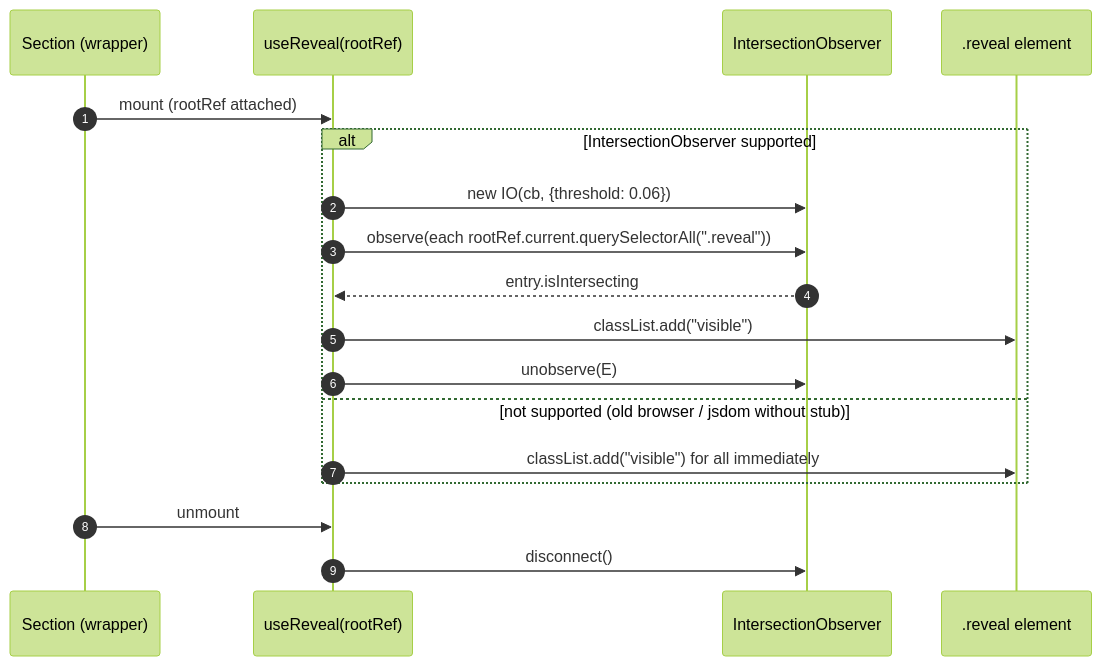
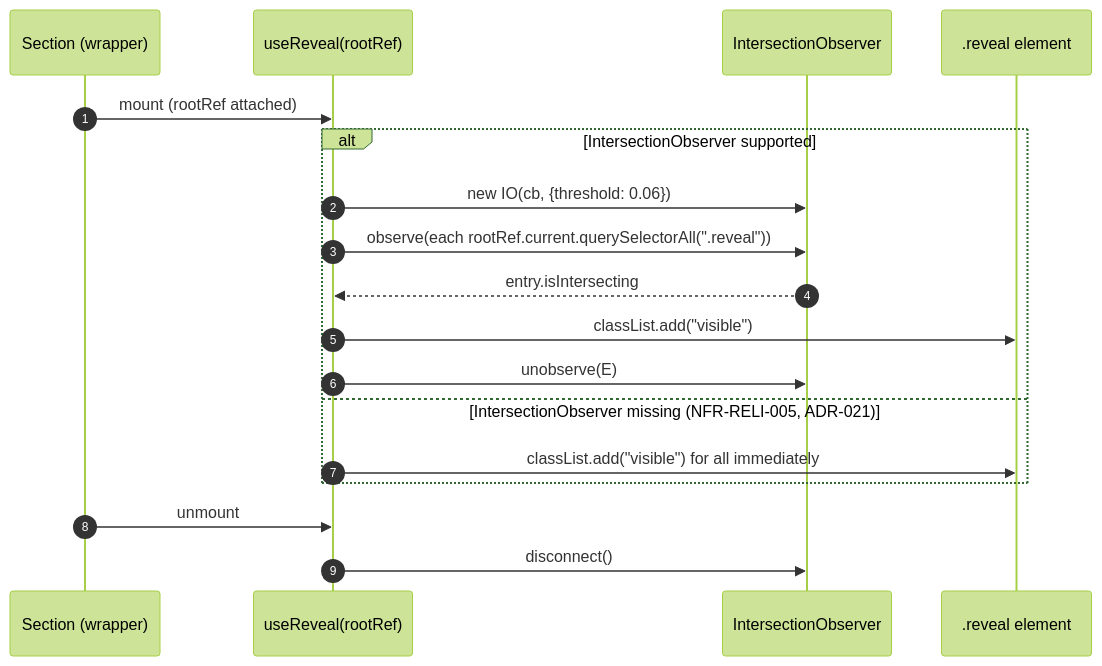
The sixth of 12 diagrams in docs/SADS.md (jeevanandhamsivasankar/jeevanandhamsivasankar.github.io), drawn with Mermaid (forest theme) before and after one commit. The commit also changed other lines of this file and 58 other files, not shown here.

````diff
--- a/docs/SADS.md
+++ b/docs/SADS.md
@@ -417,21 +442,21 @@
 ```mermaid
 sequenceDiagram
     autonumber
     participant S as Section (wrapper)
     participant RH as useReveal(rootRef)
     participant IO as IntersectionObserver
     participant E as .reveal element
 
     S->>RH: mount (rootRef attached)
     alt IntersectionObserver supported
         RH->>IO: new IO(cb, {threshold: 0.06})
         RH->>IO: observe(each rootRef.current.querySelectorAll(".reveal"))
         IO-->>RH: entry.isIntersecting
         RH->>E: classList.add("visible")
         RH->>IO: unobserve(E)
-    else not supported (old browser / jsdom without stub)
+    else IntersectionObserver missing (NFR-RELI-005, ADR-021)
         RH->>E: classList.add("visible") for all immediately
     end
     S->>RH: unmount
     RH->>IO: disconnect()
 ```
````
